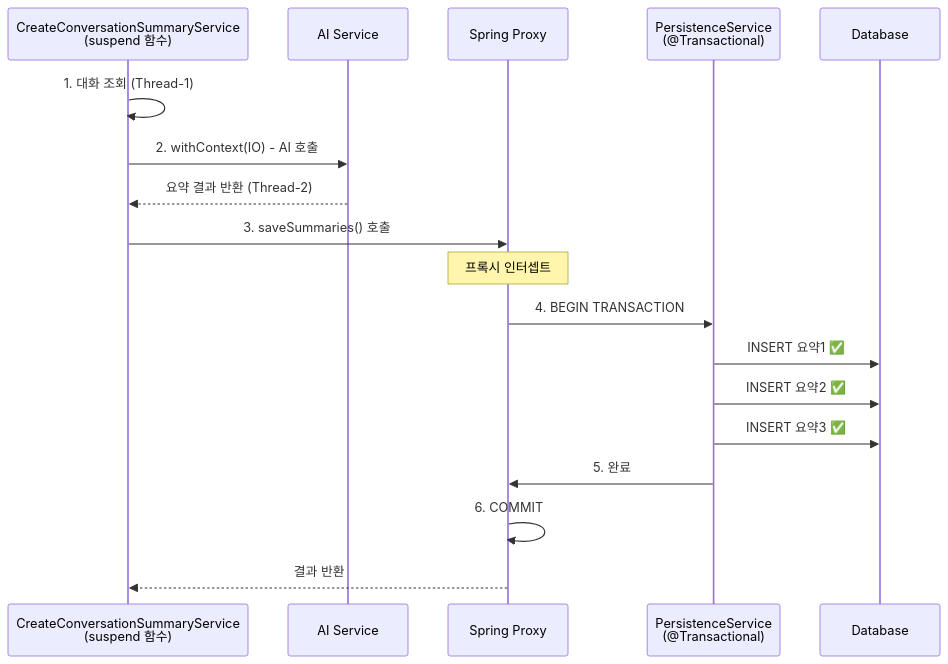
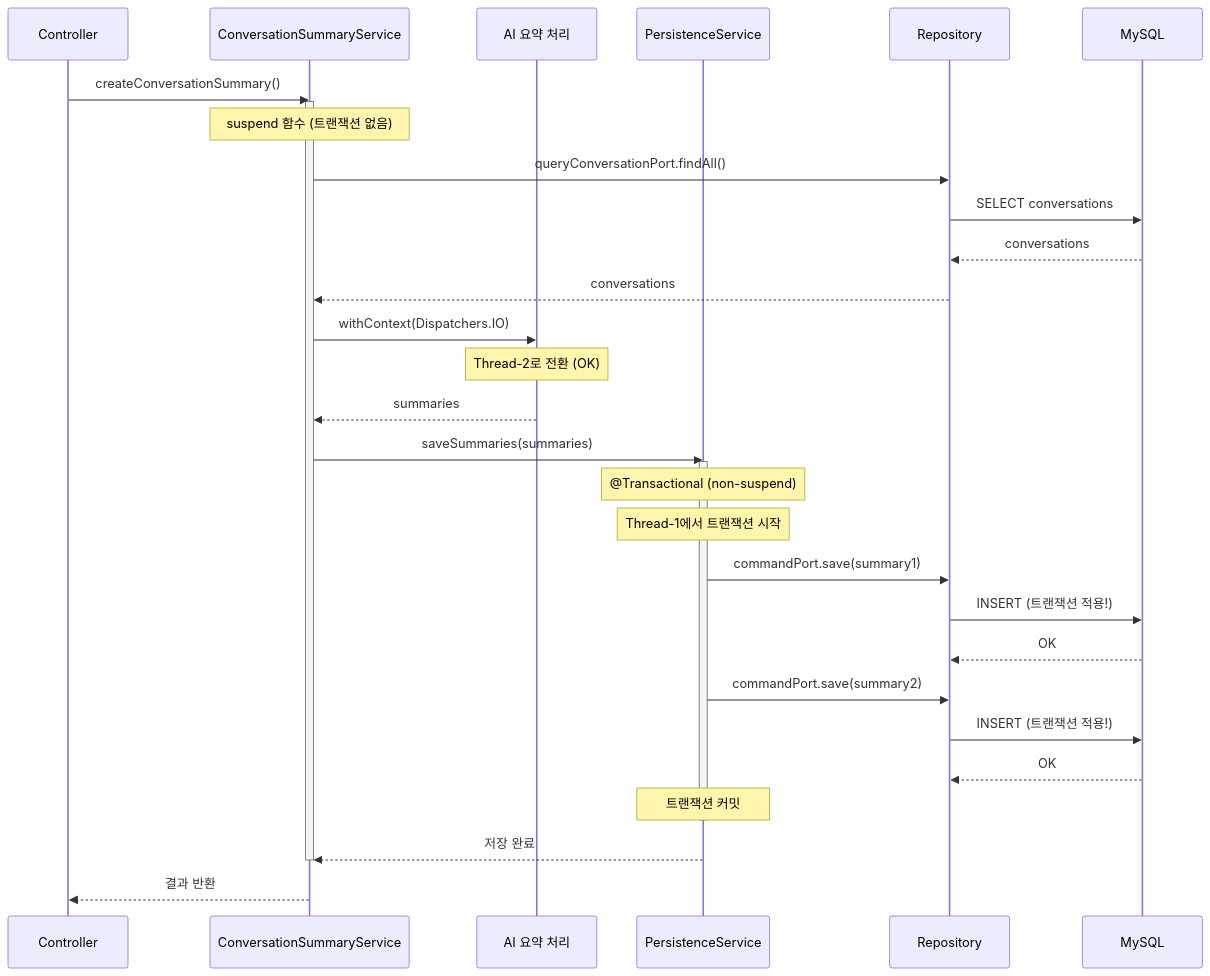
The sixth of 8 diagrams in _posts/2025-01-24-kotlin-coroutine-transactional-danger.md (jiwon11/jiwon11.github.io), drawn with Mermaid before and after one commit. The commit also changed other lines of this file and 4 other files, not shown here.

````diff
--- a/_posts/2025-01-24-kotlin-coroutine-transactional-danger.md
+++ b/_posts/2025-01-24-kotlin-coroutine-transactional-danger.md
@@ -303,21 +523,42 @@
 ```mermaid
 sequenceDiagram
-    participant Main as CreateConversationSummaryService<br/>(suspend 함수)
-    participant AI as AI Service
-    participant Proxy as Spring Proxy
-    participant Persist as PersistenceService<br/>(@Transactional)
-    participant DB as Database
-    
-    Main->>Main: 1. 대화 조회 (Thread-1)
-    Main->>AI: 2. withContext(IO) - AI 호출
-    AI-->>Main: 요약 결과 반환 (Thread-2)
-    Main->>Proxy: 3. saveSummaries() 호출
-    Note over Proxy: 프록시 인터셉트
-    Proxy->>Persist: 4. BEGIN TRANSACTION
-    Persist->>DB: INSERT 요약1 ✅
-    Persist->>DB: INSERT 요약2 ✅
-    Persist->>DB: INSERT 요약3 ✅
-    Persist->>Proxy: 5. 완료
-    Proxy->>Proxy: 6. COMMIT
-    Proxy-->>Main: 결과 반환
+    participant Controller as Controller
+    participant Service as ConversationSummaryService
+    participant AI as AI 요약 처리
+    participant PService as PersistenceService
+    participant Repo as Repository
+    participant DB as MySQL
+
+    Controller->>Service: createConversationSummary()
+    activate Service
+    Note over Service: suspend 함수 (트랜잭션 없음)
+
+    Service->>Repo: queryConversationPort.findAll()
+    Repo->>DB: SELECT conversations
+    DB-->>Repo: conversations
+    Repo-->>Service: conversations
+
+    Service->>AI: withContext(Dispatchers.IO)
+    Note over AI: Thread-2로 전환 (OK)
+    AI-->>Service: summaries
+
+    Service->>PService: saveSummaries(summaries)
+    activate PService
+    Note over PService: @Transactional (non-suspend)
+    Note over PService: Thread-1에서 트랜잭션 시작
+
+    PService->>Repo: commandPort.save(summary1)
+    Repo->>DB: INSERT (트랜잭션 적용!)
+    DB-->>Repo: OK
+
+    PService->>Repo: commandPort.save(summary2)
+    Repo->>DB: INSERT (트랜잭션 적용!)
+    DB-->>Repo: OK
+
+    Note over PService: 트랜잭션 커밋
+    deactivate PService
+
+    PService-->>Service: 저장 완료
+    deactivate Service
+    Service-->>Controller: 결과 반환
 ```
````
